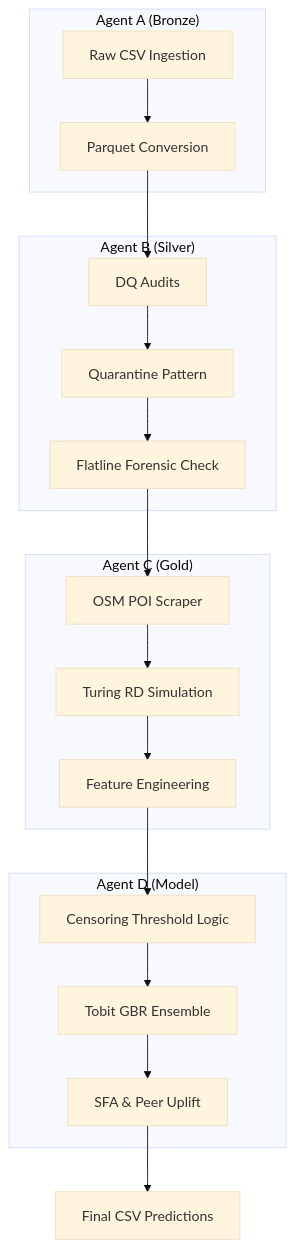
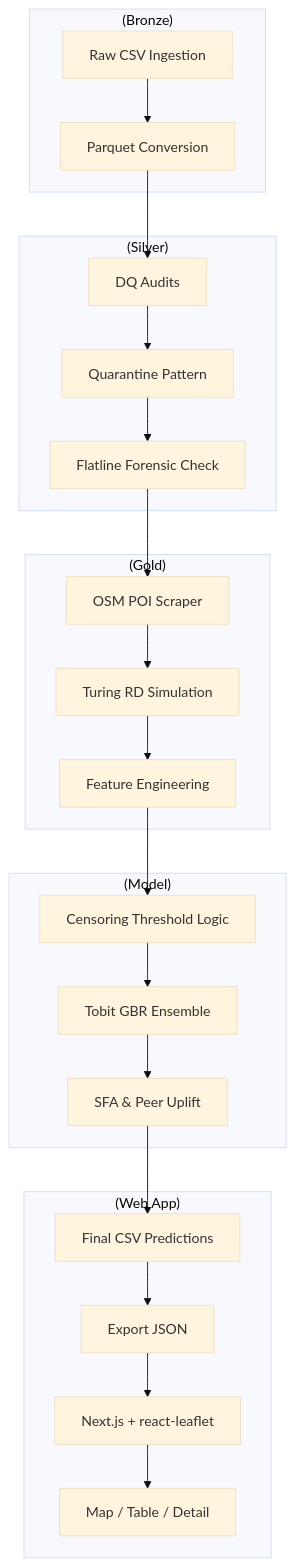
The diagram in README.md (TonyRoyze/datastorm-v7), drawn with Mermaid (base theme) before and after one commit. The commit also changed other lines of this file and 13 other files, not shown here.

````diff
--- a/README.md
+++ b/README.md
@@ -39,26 +39,32 @@
 ```mermaid
 graph TD
-    subgraph A["Agent A (Bronze)"]
+    subgraph A["(Bronze)"]
         A1[Raw CSV Ingestion] --> A2[Parquet Conversion]
     end
 
-    subgraph B["Agent B (Silver)"]
+    subgraph B["(Silver)"]
         B1[DQ Audits] --> B2[Quarantine Pattern]
         B2 --> B3[Flatline Forensic Check]
     end
 
-    subgraph C["Agent C (Gold)"]
+    subgraph C["(Gold)"]
         C1[OSM POI Scraper] --> C2[Turing RD Simulation]
         C2 --> C3[Feature Engineering]
     end
 
-    subgraph D["Agent D (Model)"]
+    subgraph D["(Model)"]
         D1[Censoring Threshold Logic] --> D2[Tobit GBR Ensemble]
         D2 --> D3[SFA & Peer Uplift]
     end
 
     A2 --> B1
     B3 --> C1
     C3 --> D1
     D3 --> F[Final CSV Predictions]
+
+    subgraph G["(Web App)"]
+        F --> G1[Export JSON]
+        G1 --> G2[Next.js + react-leaflet]
+        G2 --> G3[Map / Table / Detail]
+    end
 ```
````
